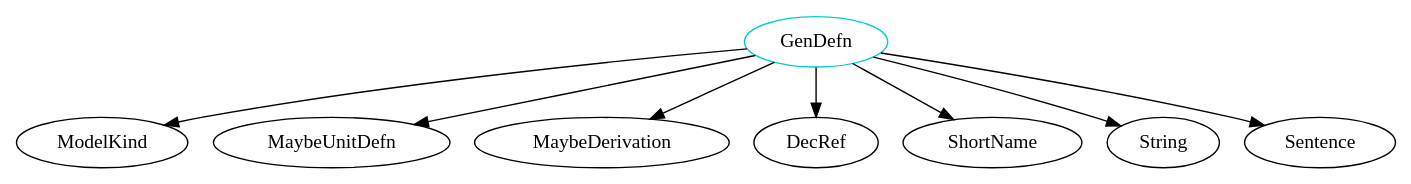
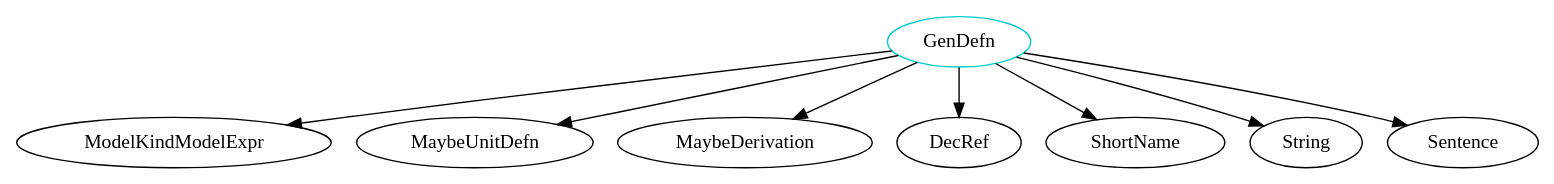
Before and after one commit to JacquesCarette/Drasil: the diagram in analysis/TypeDependencyGraphs/theory/GenDefn.dot, drawn with Graphviz. The commit also changed 1222 other files, not shown here.

```diff
--- a/analysis/TypeDependencyGraphs/theory/GenDefn.dot
+++ b/analysis/TypeDependencyGraphs/theory/GenDefn.dot
@@ -1,10 +1,10 @@
 digraph gendefn{
 GenDefn	[shape=oval, color=cyan3, label="GenDefn"];
-GenDefn -> ModelKind;
+GenDefn -> ModelKindModelExpr;
 GenDefn -> MaybeUnitDefn;
 GenDefn -> MaybeDerivation;
 GenDefn -> DecRef;
 GenDefn -> ShortName;
 GenDefn -> String;
 GenDefn -> Sentence;
 }
```
